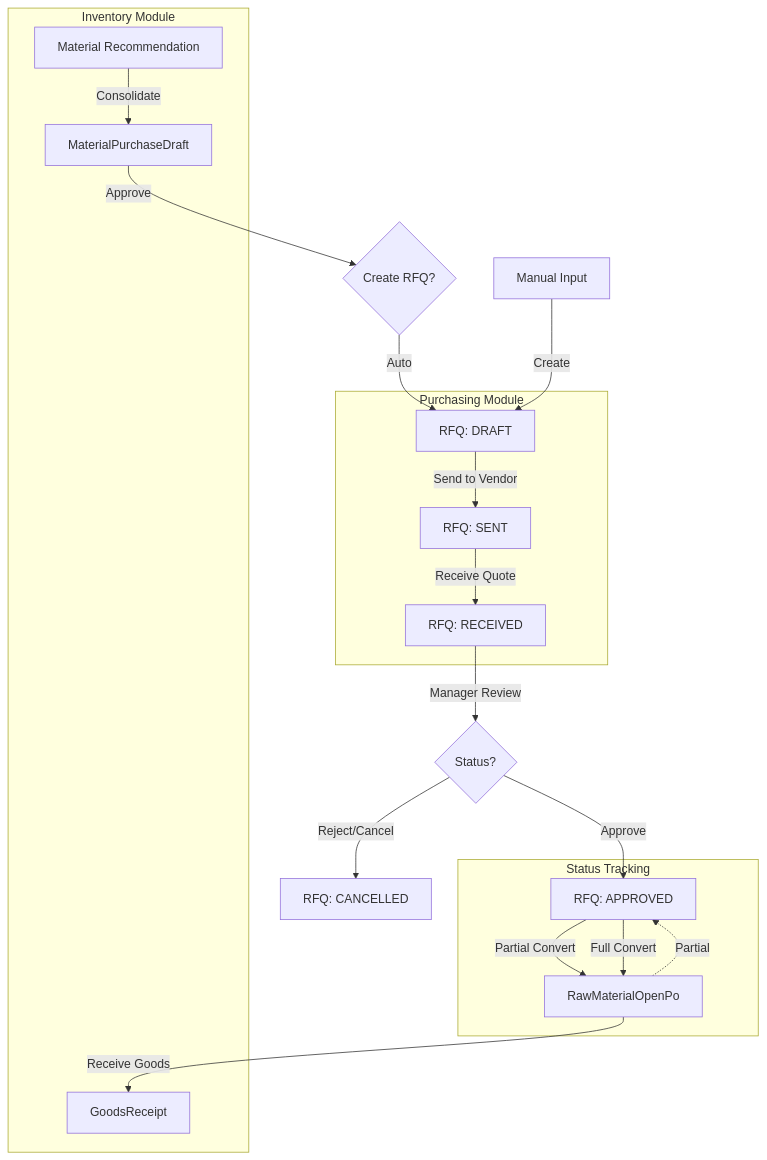
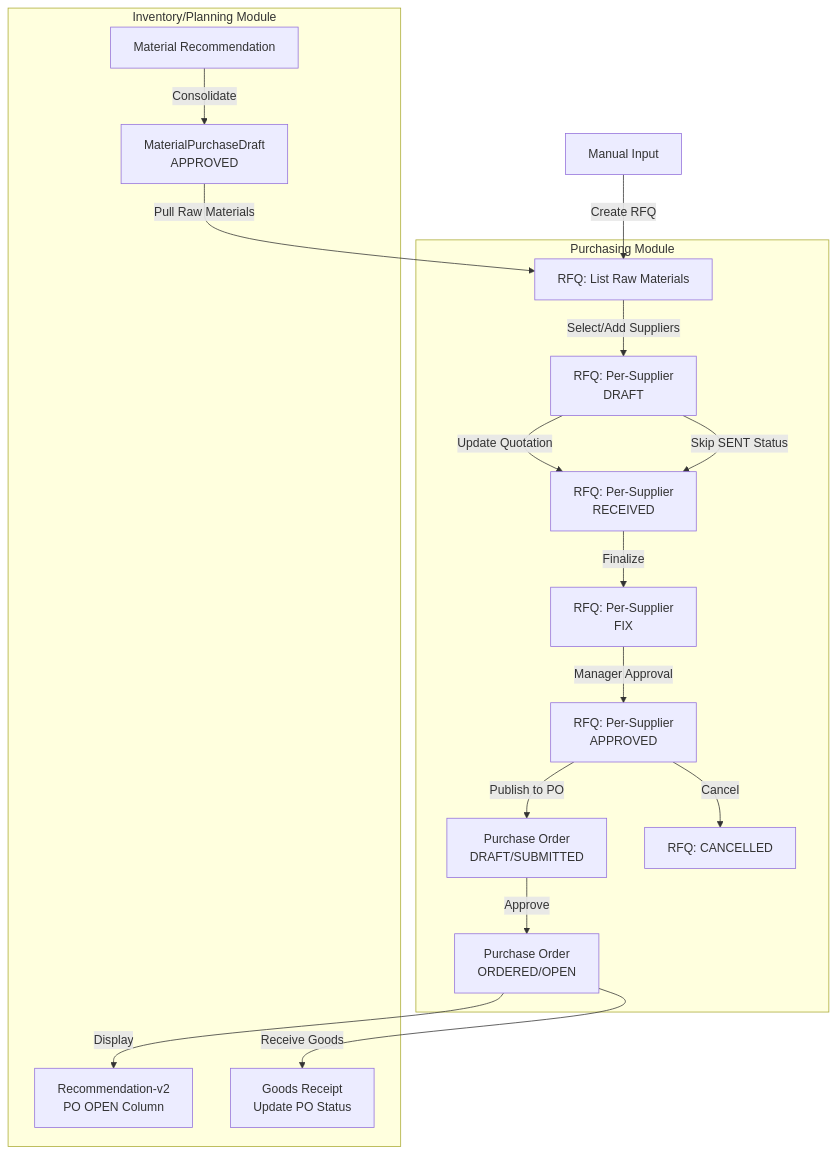
One commit to mikaeladityan/mandalika-api-v2 changed the diagram in docs/modules/purchasing/rfq/FLOW.md. Above: the diagram before and after it, drawn with Mermaid. The commit also changed other lines of this file and 14 other files, not shown here.

Commit message:
refactor: update purchasing workflow and schemas to integrate PO management and RFQ status transitions

````diff
--- a/docs/modules/purchasing/rfq/FLOW.md
+++ b/docs/modules/purchasing/rfq/FLOW.md
@@ -5,37 +5,41 @@
 ```mermaid
 graph TD
-    A[Material Recommendation] -->|Consolidate| B[MaterialPurchaseDraft]
-    B -->|Approve| C{Create RFQ?}
+    A[Material Recommendation] -->|Consolidate| B[MaterialPurchaseDraft<br/>APPROVED]
     
-    C -->|Auto| D[RFQ: DRAFT]
-    E[Manual Input] -->|Create| D
+    B -->|Pull Raw Materials| C[RFQ: List Raw Materials]
+    D[Manual Input] -->|Create RFQ| C
     
-    D -->|Send to Vendor| F[RFQ: SENT]
-    F -->|Receive Quote| G[RFQ: RECEIVED]
-    G -->|Manager Review| H{Status?}
+    C -->|Select/Add Suppliers| E[RFQ: Per-Supplier<br/>DRAFT]
     
-    H -->|Approve| I[RFQ: APPROVED]
-    H -->|Reject/Cancel| J[RFQ: CANCELLED]
+    E -->|Update Quotation| F[RFQ: Per-Supplier<br/>RECEIVED]
+    E -->|Skip SENT Status| F
     
-    I -->|Partial Convert| K[RawMaterialOpenPo]
-    I -->|Full Convert| K[RawMaterialOpenPo]
+    F -->|Finalize| G[RFQ: Per-Supplier<br/>FIX]
+    G -->|Manager Approval| H[RFQ: Per-Supplier<br/>APPROVED]
     
-    subgraph "Status Tracking"
-    K -.->|Partial| I
-    end
-    K -->|Receive Goods| L[GoodsReceipt]
+    H -->|Publish to PO| I[Purchase Order<br/>DRAFT/SUBMITTED]
+    I -->|Approve| J[Purchase Order<br/>ORDERED/OPEN]
+    
+    H -->|Cancel| K[RFQ: CANCELLED]
+    
+    J -->|Display| L[Recommendation-v2<br/>PO OPEN Column]
+    J -->|Receive Goods| M[Goods Receipt<br/>Update PO Status]
     
     subgraph "Purchasing Module"
-    D
+    C
+    E
     F
     G
+    H
     I
+    J
     K
     end
     
-    subgraph "Inventory Module"
+    subgraph "Inventory/Planning Module"
     A
     B
     L
+    M
     end
 ```
````
